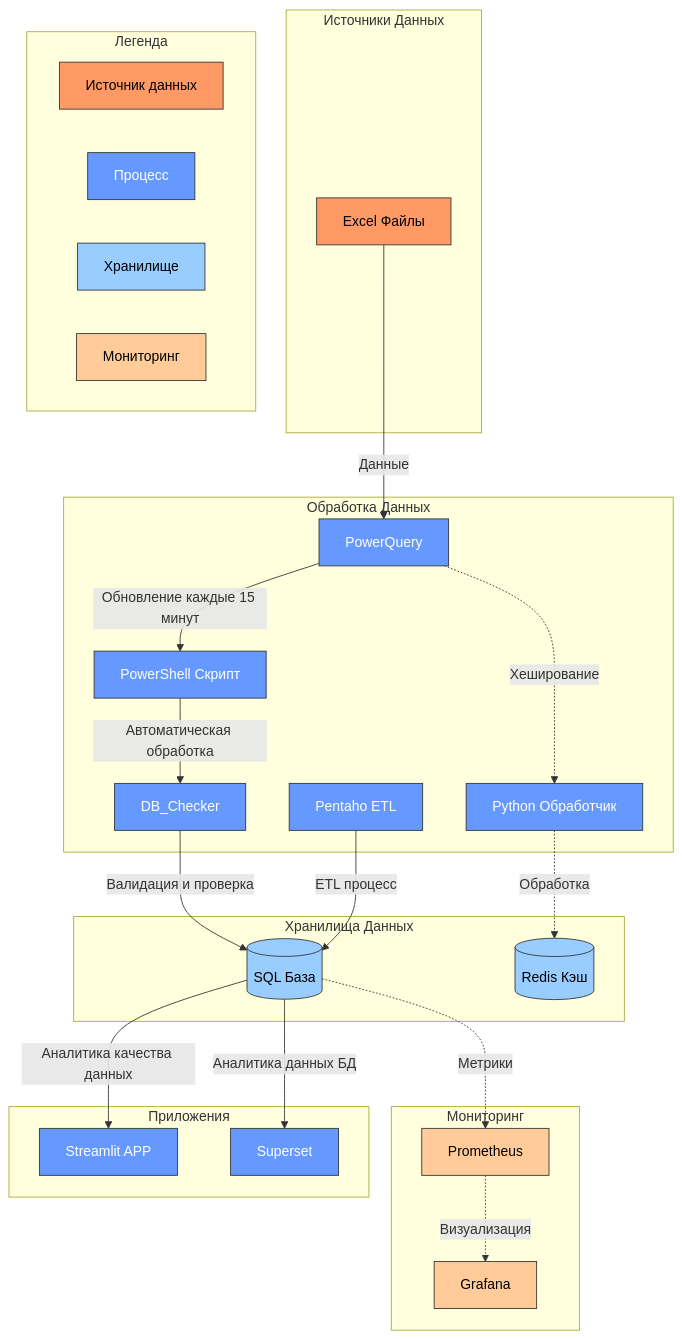
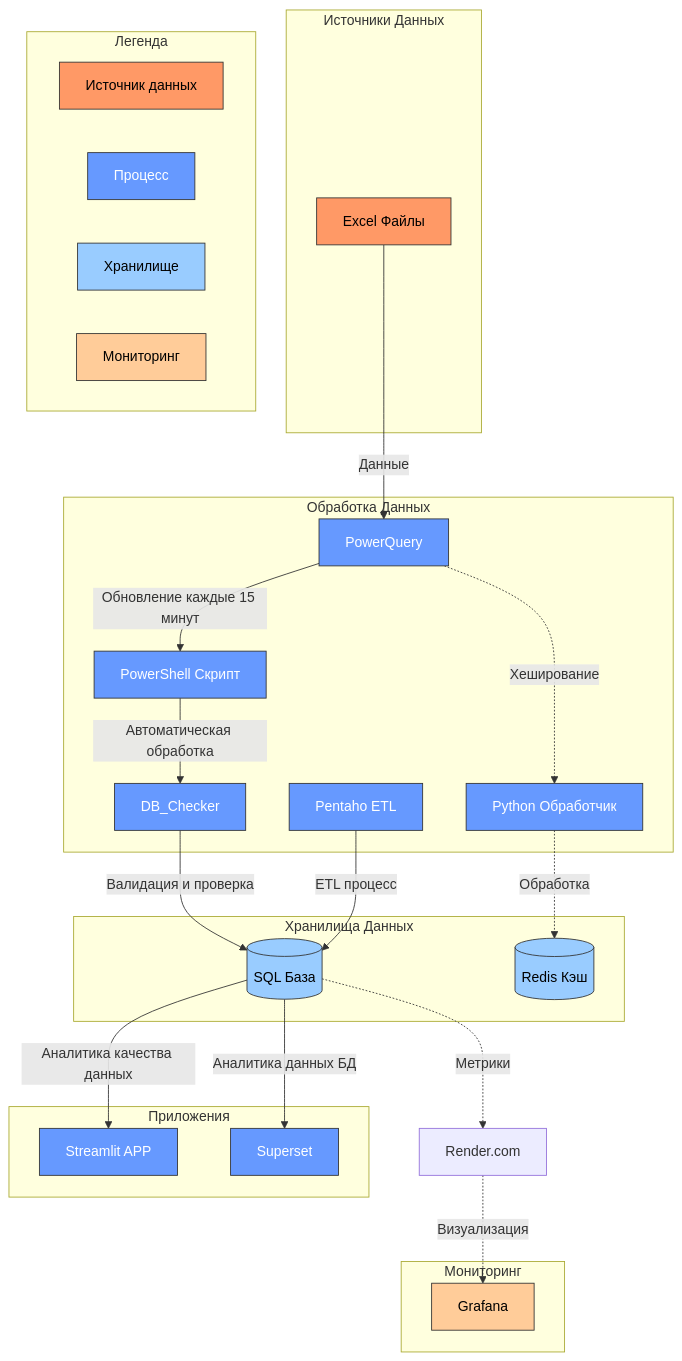
One commit to chiglo-k/DB_Checker changed the diagram in README.md. Above: the diagram before and after it, drawn with Mermaid.

````diff
--- a/README.md
+++ b/README.md
@@ -163,58 +163,57 @@
 ```mermaid
 flowchart TD
     %% Styling
     classDef source fill:#f96,stroke:#333,color:#000
     classDef process fill:#69f,stroke:#333,color:#fff
     classDef storage fill:#9cf,stroke:#333,color:#000
     classDef monitor fill:#fc9,stroke:#333,color:#000
     
     subgraph Источники["Источники Данных"]
         Excel["Excel Файлы"]:::source
     end
     
     subgraph Обработка["Обработка Данных"]
         PowerQuery["PowerQuery"]:::process
         PS["PowerShell Скрипт"]:::process
         DB_Checker["DB_Checker"]:::process
         Pentaho["Pentaho ETL"]:::process
         Python["Python Обработчик"]:::process
     end
     
     subgraph Хранение["Хранилища Данных"]
         SQL[(SQL База)]:::storage
         Redis[(Redis Кэш)]:::storage
     end
     
     subgraph Мониторинг["Мониторинг"]
-        Prometheus["Prometheus"]:::monitor
         Grafana["Grafana"]:::monitor
     end
     
     subgraph Приложения["Приложения"]
         Streamlit["Streamlit APP"]:::process
         Superset["Superset"]:::process
     end
     
     %% Основные потоки данных
     Excel -->|"Данные"| PowerQuery
     PowerQuery -->|"Обновление каждые 15 минут"| PS
     PS -->|"Автоматическая обработка"| DB_Checker
     DB_Checker -->|"Валидация и проверка"| SQL
     Pentaho -->|"ETL процесс"| SQL
     SQL -->|"Аналитика качества данных"| Streamlit
     SQL -->|"Аналитика данных БД"| Superset
     
     %% Вспомогательные потоки
     PowerQuery -.->|"Хеширование"| Python
     Python -.->|"Обработка"| Redis
-    SQL -.->|"Метрики"| Prometheus
-    Prometheus -.->|"Визуализация"| Grafana
+    SQL -.->|"Метрики"| Render.com
+    Render.com -.->|"Визуализация"| Grafana
     
     %% Легенда
     subgraph Легенда["Легенда"]
         L1["Источник данных"]:::source
         L2["Процесс"]:::process
         L3["Хранилище"]:::storage
         L4["Мониторинг"]:::monitor
     end
 ```
````
